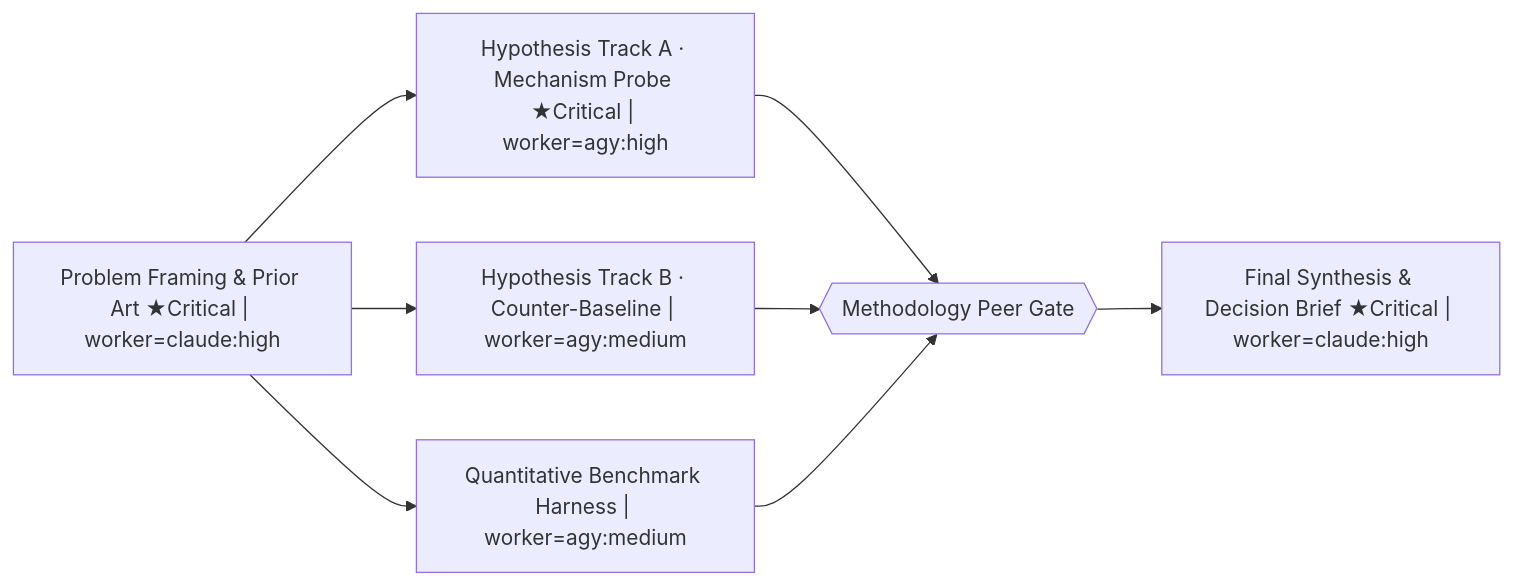
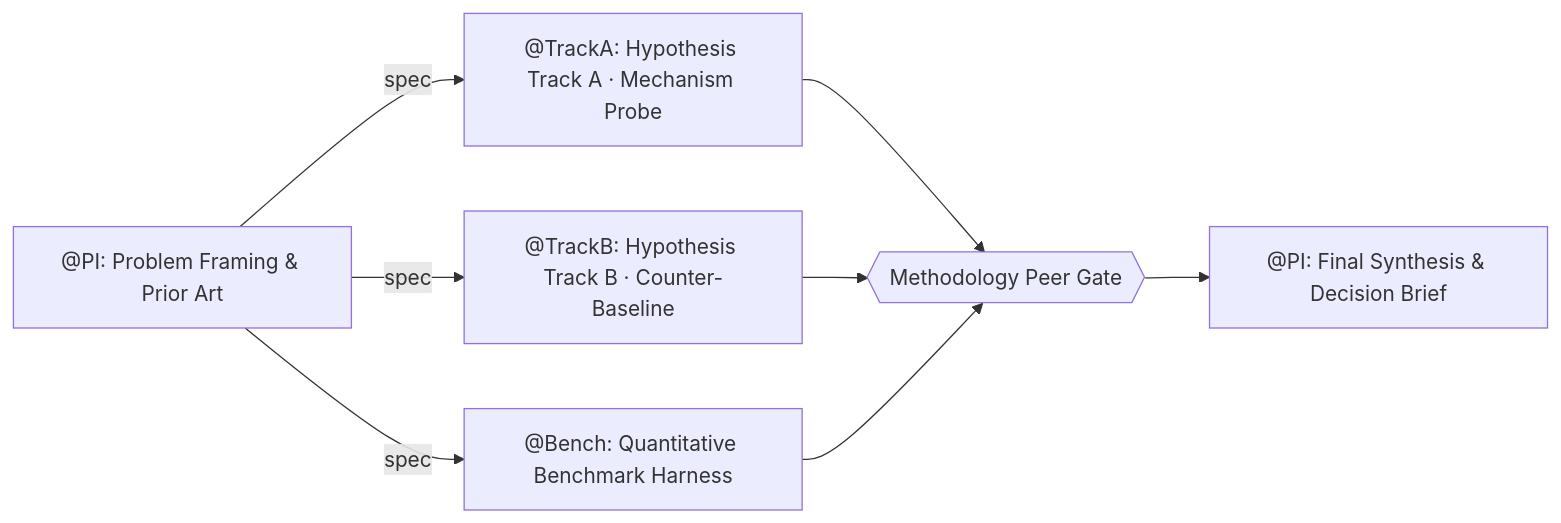
One commit to Daijunfan/Aexus-Code changed the diagram in examples/blueprints/deep-research-lab.md. Above: the diagram before and after it, drawn with Mermaid. The commit also changed other lines of this file and 108 other files, not shown here.

````diff
--- a/examples/blueprints/deep-research-lab.md
+++ b/examples/blueprints/deep-research-lab.md
@@ -1,16 +5,10 @@
 ```mermaid
 flowchart LR
-  %% @pos R1 204,260
-  %% @pos R2 598,4
-  %% @pos R3 598,260
-  %% @pos R4 598,516
-  %% @pos U1 992,260
-  %% @pos R5 1386,260
-  R1["Problem Framing & Prior Art ★Critical | worker=claude:high"] --> R2["Hypothesis Track A · Mechanism Probe ★Critical | worker=agy:high"]
-  R1 --> R3["Hypothesis Track B · Counter-Baseline | worker=agy:medium"]
-  R1 --> R4["Quantitative Benchmark Harness | worker=agy:medium"]
+  R1["@PI: Problem Framing & Prior Art"] -->|spec| R2["@TrackA: Hypothesis Track A · Mechanism Probe"]
+  R1 -->|spec| R3["@TrackB: Hypothesis Track B · Counter-Baseline"]
+  R1 -->|spec| R4["@Bench: Quantitative Benchmark Harness"]
   R2 --> U1{{"Methodology Peer Gate"}}
   R3 --> U1
   R4 --> U1
-  U1 --> R5["Final Synthesis & Decision Brief ★Critical | worker=claude:high"]
+  U1 --> R5["@PI: Final Synthesis & Decision Brief"]
 ```
````
